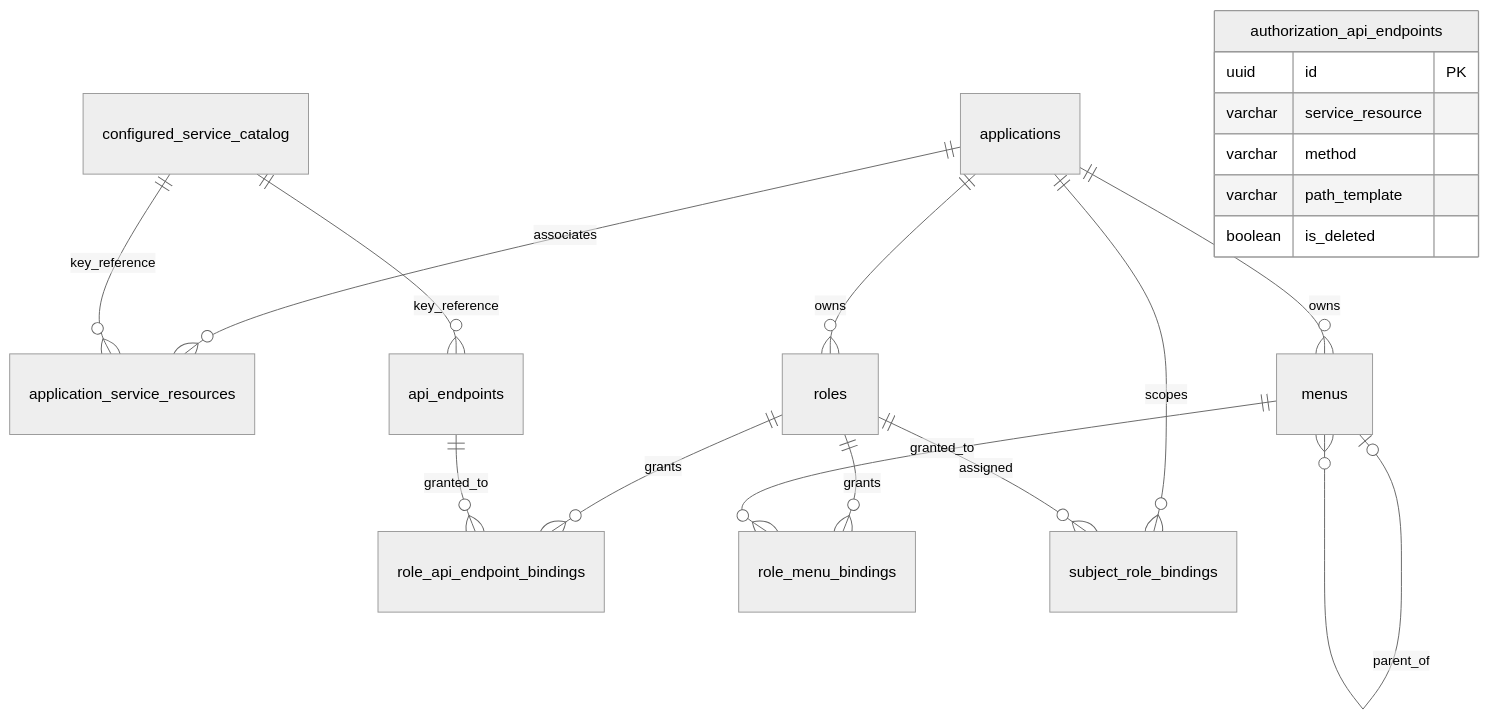
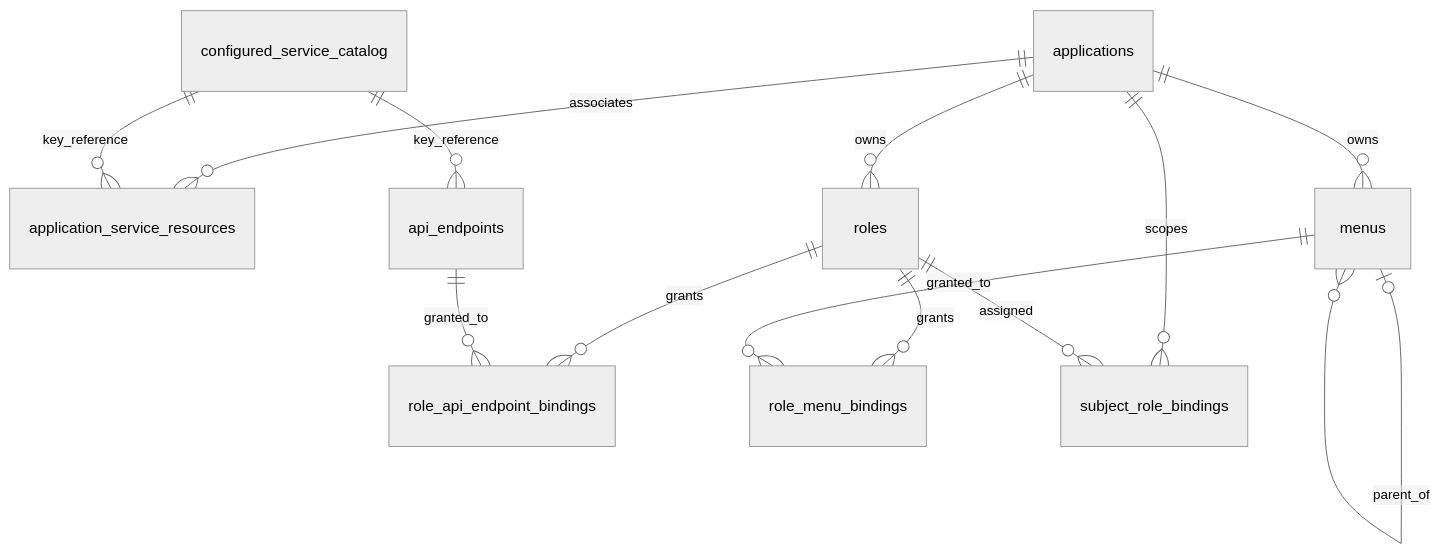
The diagram in doc/current-database-schema.md (Zevlune/NexusAuthorization), drawn with Mermaid (neutral theme) before and after one commit. The commit also changed other lines of this file and 58 other files, not shown here.

First line of the commit message:
feat(auth): use Redis subject API policies for runtime authorization

````diff
--- a/doc/current-database-schema.md
+++ b/doc/current-database-schema.md
@@ -232,22 +202,15 @@
 ```mermaid
 erDiagram
     applications ||--o{ application_service_resources : associates
     configured_service_catalog ||--o{ application_service_resources : key_reference
     configured_service_catalog ||--o{ api_endpoints : key_reference
     applications ||--o{ roles : owns
     applications ||--o{ menus : owns
     menus |o--o{ menus : parent_of
     roles ||--o{ role_api_endpoint_bindings : grants
     api_endpoints ||--o{ role_api_endpoint_bindings : granted_to
     roles ||--o{ role_menu_bindings : grants
     menus ||--o{ role_menu_bindings : granted_to
     applications ||--o{ subject_role_bindings : scopes
     roles ||--o{ subject_role_bindings : assigned
-    authorization_api_endpoints {
-        uuid id PK
-        varchar service_resource
-        varchar method
-        varchar path_template
-        boolean is_deleted
-    }
 ```
````
